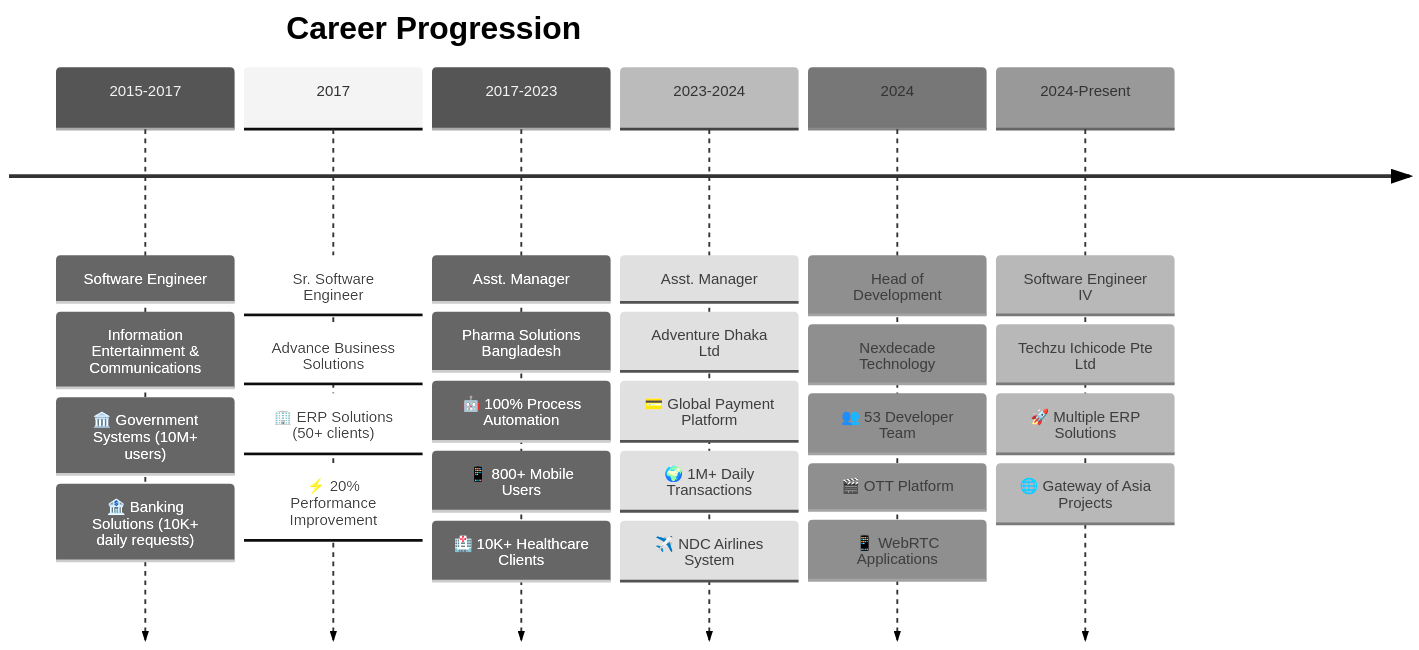
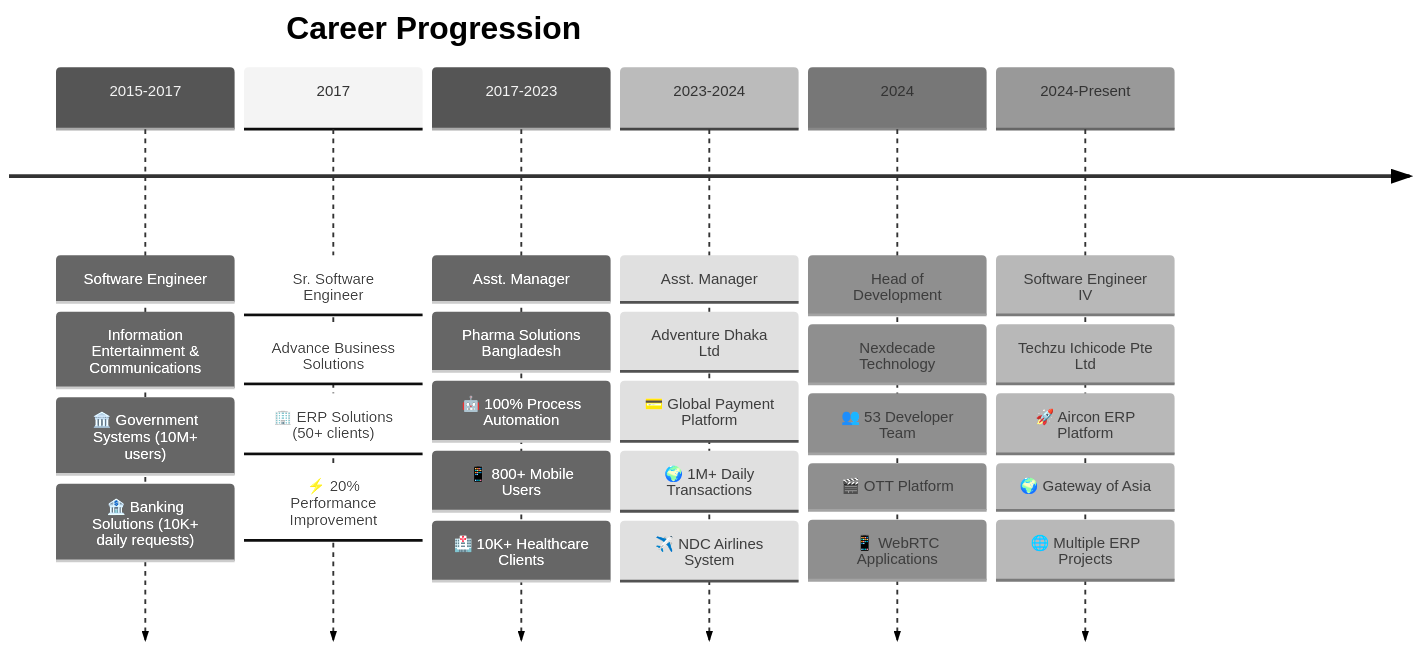
The first of 2 diagrams in README.md (zawad1992/zawad1992), drawn with Mermaid (neutral theme) before and after one commit. The commit also changed other lines of this file, not shown here.

````diff
--- a/README.md
+++ b/README.md
@@ -84,37 +84,38 @@
 ```mermaid
 timeline
     title Career Progression
     
     2015-2017 : Software Engineer
               : Information Entertainment & Communications
               : 🏛️ Government Systems (10M+ users)
               : 🏦 Banking Solutions (10K+ daily requests)
     
     2017 : Sr. Software Engineer
          : Advance Business Solutions
          : 🏢 ERP Solutions (50+ clients)
          : ⚡ 20% Performance Improvement
     
     2017-2023 : Asst. Manager
               : Pharma Solutions Bangladesh
               : 🤖 100% Process Automation
               : 📱 800+ Mobile Users
               : 🏥 10K+ Healthcare Clients
     
     2023-2024 : Asst. Manager
               : Adventure Dhaka Ltd
               : 💳 Global Payment Platform
               : 🌍 1M+ Daily Transactions
               : ✈️ NDC Airlines System
     
     2024 : Head of Development
          : Nexdecade Technology
          : 👥 53 Developer Team
          : 🎬 OTT Platform
          : 📱 WebRTC Applications
     
     2024-Present : Software Engineer IV
                  : Techzu Ichicode Pte Ltd
-                 : 🚀 Multiple ERP Solutions
-                 : 🌐 Gateway of Asia Projects
+                 : 🚀 Aircon ERP Platform
+                 : 🌍 Gateway of Asia
+                 : 🌐 Multiple ERP Projects
 ```
````
